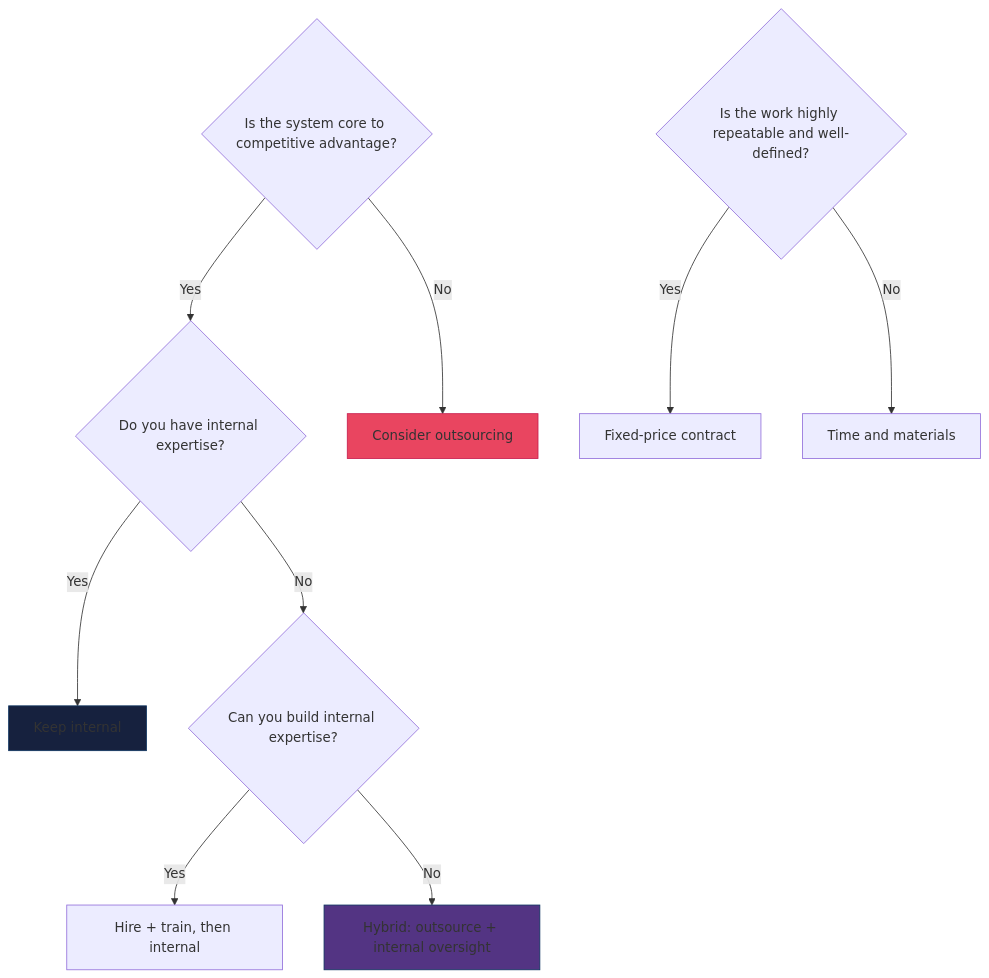
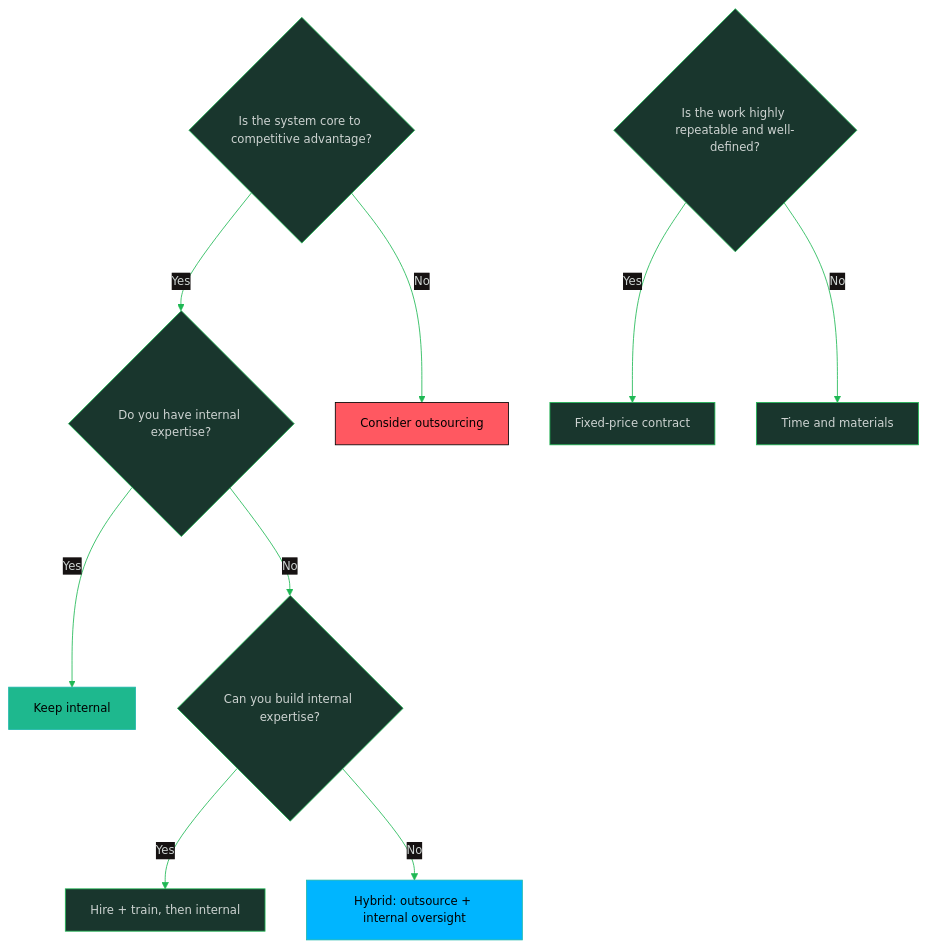
The eighth of 8 diagrams in software-engineering-note/07_Software_Maintenance/08_Maintenance_Processes_and_Staffing.md (oat431/swe-knowledge), drawn with Mermaid before and after one commit. The commit also changed other lines of this file and 10 other files, not shown here.

````diff
--- a/software-engineering-note/07_Software_Maintenance/08_Maintenance_Processes_and_Staffing.md
+++ b/software-engineering-note/07_Software_Maintenance/08_Maintenance_Processes_and_Staffing.md
@@ -417,20 +424,21 @@
 ```mermaid
+%%{init: {'theme':'base','themeVariables':{'primaryColor':'#19362D','primaryTextColor':'#CDD3D1','primaryBorderColor':'#1FB854','lineColor':'#1FB854','secondaryColor':'#161212','tertiaryColor':'#1B1717','background':'#1B1717','mainBkg':'#19362D','nodeBorder':'#1FB854','clusterBkg':'#161212','clusterBorder':'#19362D','titleColor':'#1FB854','edgeLabelBackground':'#161212','fontSize':'14px'}}}%%
 flowchart TD
     Q1{Is the system core to competitive advantage?}
     Q1 -->|Yes| Q2{Do you have internal expertise?}
     Q1 -->|No| OUT[Consider outsourcing]
     
     Q2 -->|Yes| INT[Keep internal]
     Q2 -->|No| Q3{Can you build internal expertise?}
     
     Q3 -->|Yes| BUILD[Hire + train, then internal]
     Q3 -->|No| HYBRID[Hybrid: outsource + internal oversight]
     
     Q4{Is the work highly repeatable and well-defined?}
     Q4 -->|Yes| FIXED[Fixed-price contract]
     Q4 -->|No| TANDM[Time and materials]
     
-    style INT fill:#16213e,stroke:#0f3460
-    style OUT fill:#e94560,stroke:#c81d4e
-    style HYBRID fill:#533483,stroke:#0f3460
+    style INT fill:#1EB88E,stroke:#1FB8AB,color:#000000
+    style OUT fill:#FF5861,stroke:#000000,color:#000000
+    style HYBRID fill:#00B5FF,stroke:#1FB8AB,color:#000000
 ```
````
